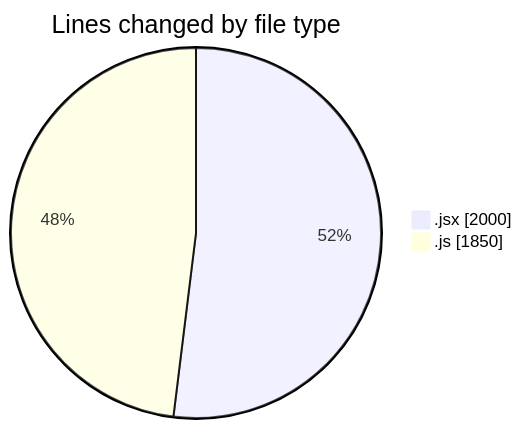
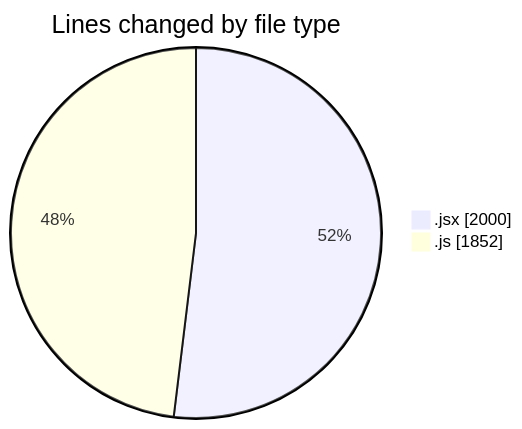
Before and after one commit to nxtqubesakshisongat/code-tracking: the first of 2 diagrams in 2025-09-21/nxtqube_webapp/README.md, drawn with Mermaid. The commit also changed other lines of this file and 1 other file, not shown here.

````diff
--- a/2025-09-21/nxtqube_webapp/README.md
+++ b/2025-09-21/nxtqube_webapp/README.md
@@ -23,6 +23,6 @@
 ```mermaid
 pie showData
 title Lines changed by file type
 ".jsx" : 2000
-".js" : 1850
+".js" : 1852
 ```
````
